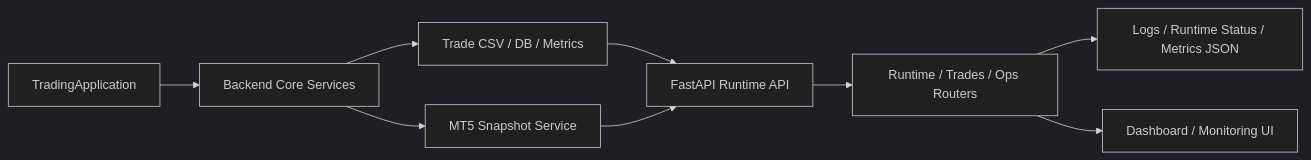
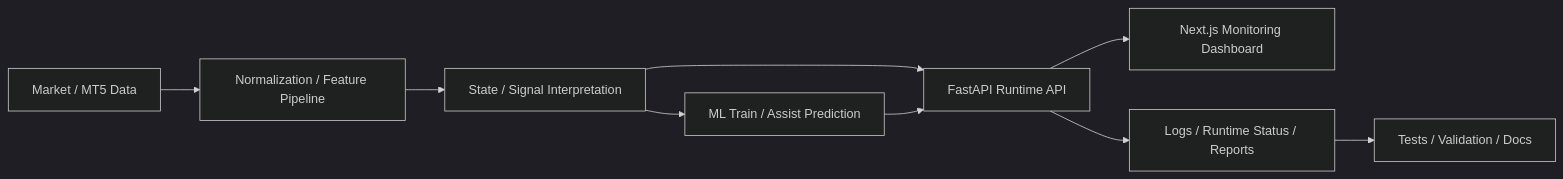
One commit to Sichanvisit/Sichanvisit.github.io changed the diagram in _portfolio/cfd.md. Above: the diagram before and after it, drawn with Mermaid (dark theme). The commit also changed other lines of this file and 4 other files, not shown here.

````diff
--- a/_portfolio/cfd.md
+++ b/_portfolio/cfd.md
@@ -24,11 +32,11 @@
 ```mermaid
 flowchart LR
-    Runner["TradingApplication"] --> Core["Backend Core Services"]
-    Core --> CSV["Trade CSV / DB / Metrics"]
-    Core --> MT5["MT5 Snapshot Service"]
-    CSV --> API["FastAPI Runtime API"]
-    MT5 --> API
-    API --> Ops["Runtime / Trades / Ops Routers"]
-    Ops --> Logs["Logs / Runtime Status / Metrics JSON"]
-    Ops --> UI["Dashboard / Monitoring UI"]
+    Data["Market / MT5 Data"] --> Prep["Normalization / Feature Pipeline"]
+    Prep --> State["State / Signal Interpretation"]
+    State --> ML["ML Train / Assist Prediction"]
+    State --> API["FastAPI Runtime API"]
+    ML --> API
+    API --> Dash["Next.js Monitoring Dashboard"]
+    API --> Obs["Logs / Runtime Status / Reports"]
+    Obs --> Docs["Tests / Validation / Docs"]
 ```
````
